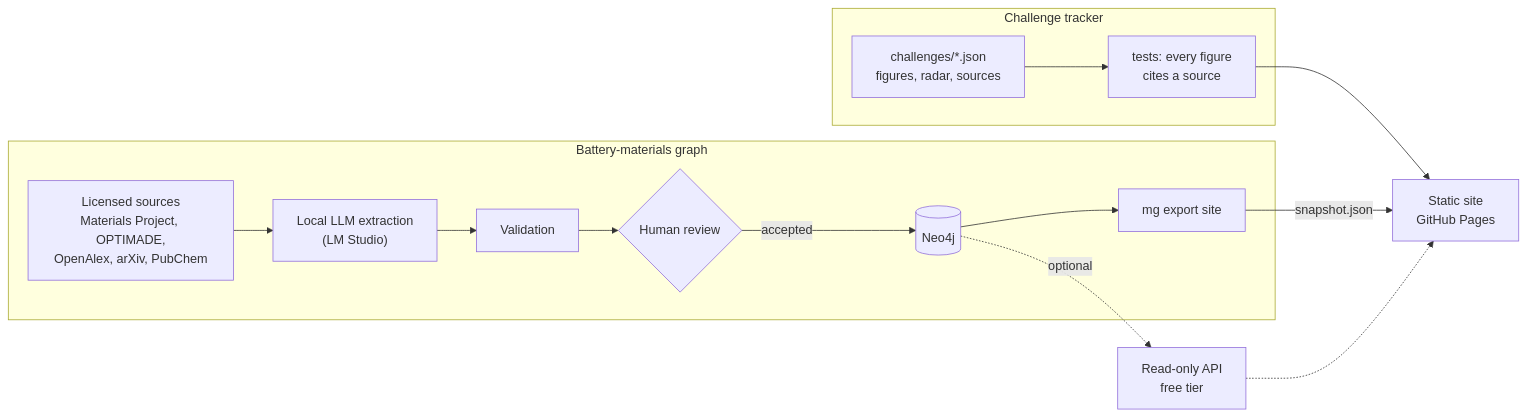
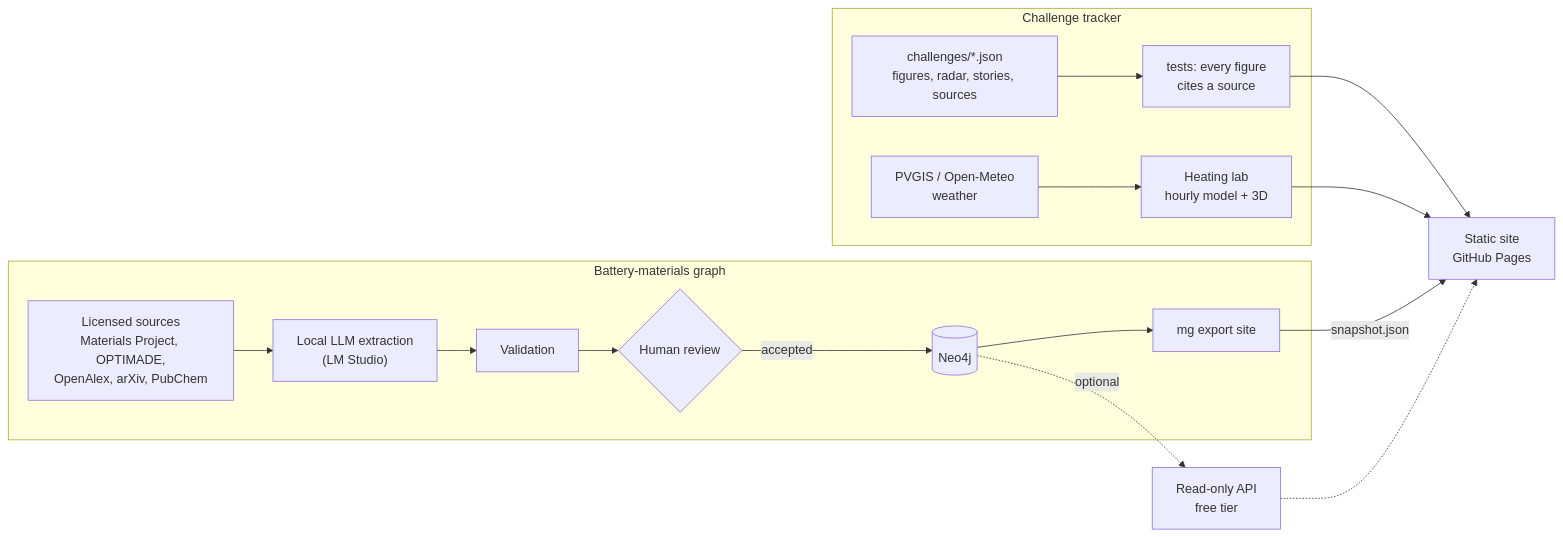
Before and after one commit to Angelo-Casali/Materialsgraph: the diagram in README.md, drawn with Mermaid. The commit also changed other lines of this file and 13 other files, not shown here.

````diff
--- a/README.md
+++ b/README.md
@@ -30,15 +40,17 @@
 ```mermaid
 flowchart LR
   subgraph tracker [Challenge tracker]
-    J["challenges/*.json<br/>figures, radar, sources"] --> C["tests: every figure<br/>cites a source"]
+    J["challenges/*.json<br/>figures, radar, stories, sources"] --> C["tests: every figure<br/>cites a source"]
+    P["PVGIS / Open-Meteo<br/>weather"] --> L["Heating lab<br/>hourly model + 3D"]
   end
   subgraph materials [Battery-materials graph]
     S["Licensed sources<br/>Materials Project, OPTIMADE,<br/>OpenAlex, arXiv, PubChem"] --> X["Local LLM extraction<br/>(LM Studio)"]
     X --> V["Validation"] --> R{"Human review"}
     R -->|accepted| N[("Neo4j")]
     N --> E["mg export site"]
   end
   C --> W["Static site<br/>GitHub Pages"]
+  L --> W
   E -->|snapshot.json| W
   N -.->|optional| A["Read-only API<br/>free tier"] -.-> W
 ```
````
